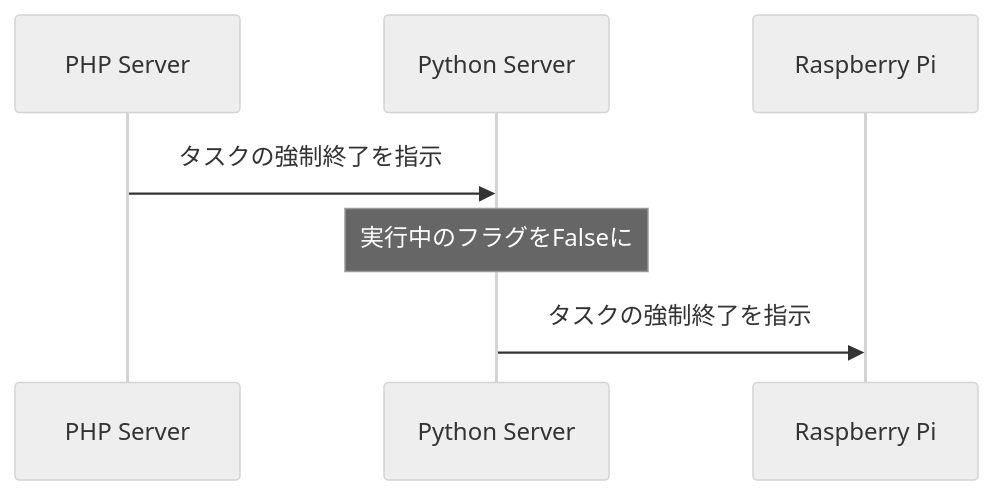
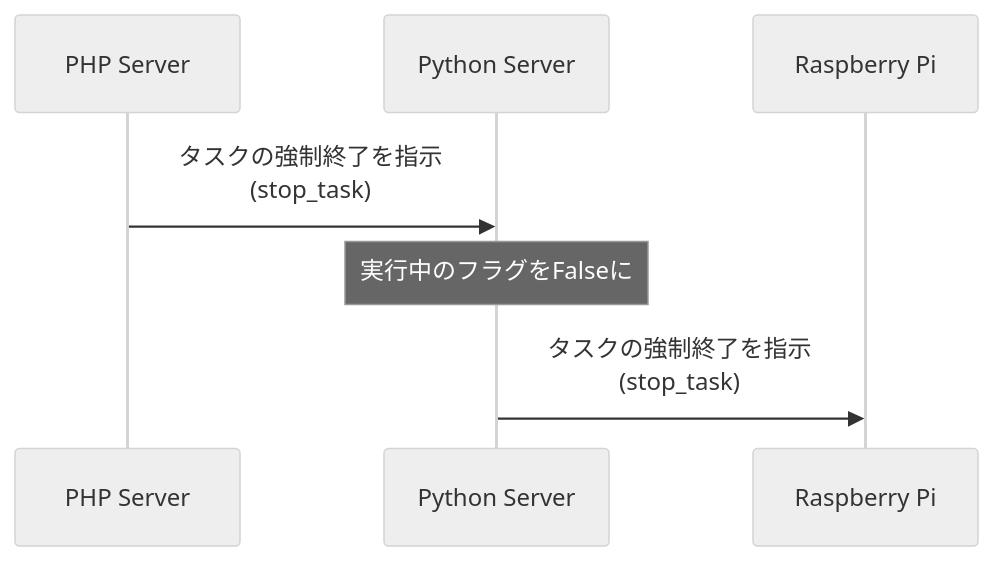
The fourth of 5 diagrams in sequence.md (litech-team/li-learn-timer-docs), drawn with Mermaid (neutral theme) before and after one commit. The commit also changed other lines of this file, not shown here.

````diff
--- a/sequence.md
+++ b/sequence.md
@@ -59,10 +59,10 @@
 ```mermaid
 sequenceDiagram
     participant server as PHP Server
     participant python as Python Server
     participant client as Raspberry Pi
 
-    server ->> python: タスクの強制終了を指示
+    server ->> python: タスクの強制終了を指示<br>(stop_task)
     Note over python: 実行中のフラグをFalseに
-    python ->> client: タスクの強制終了を指示
+    python ->> client: タスクの強制終了を指示<br>(stop_task)
 ```
````
